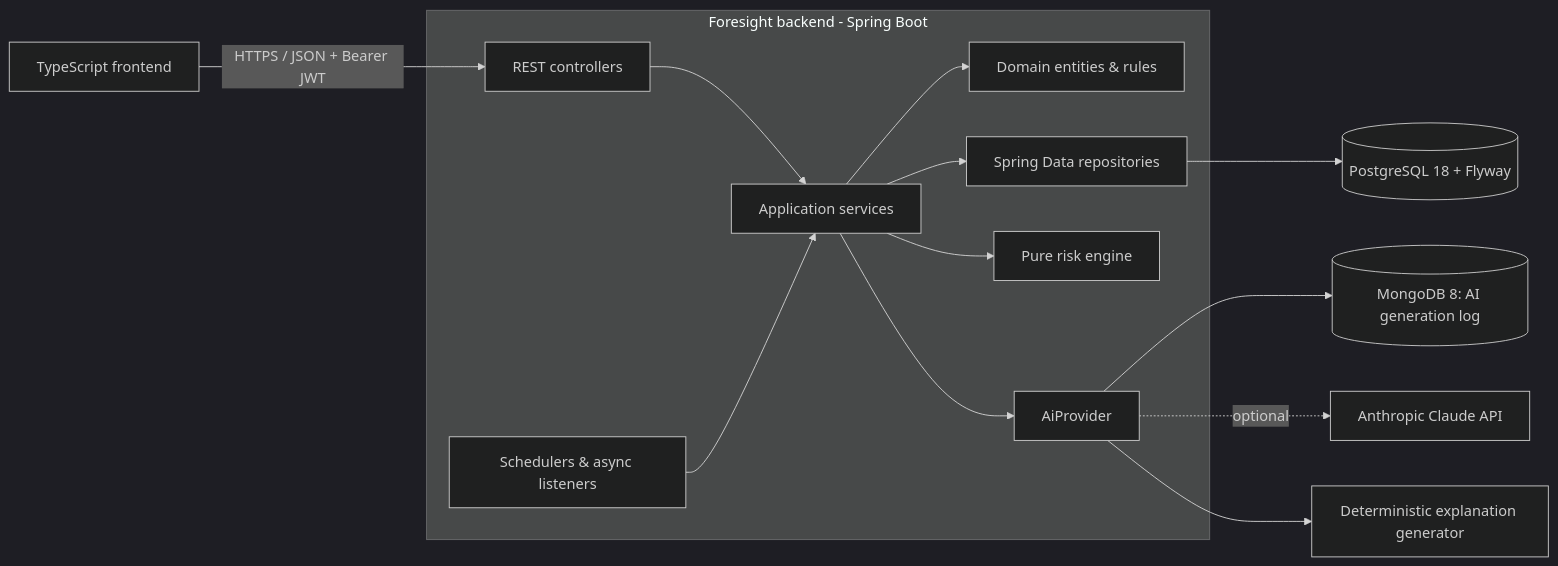
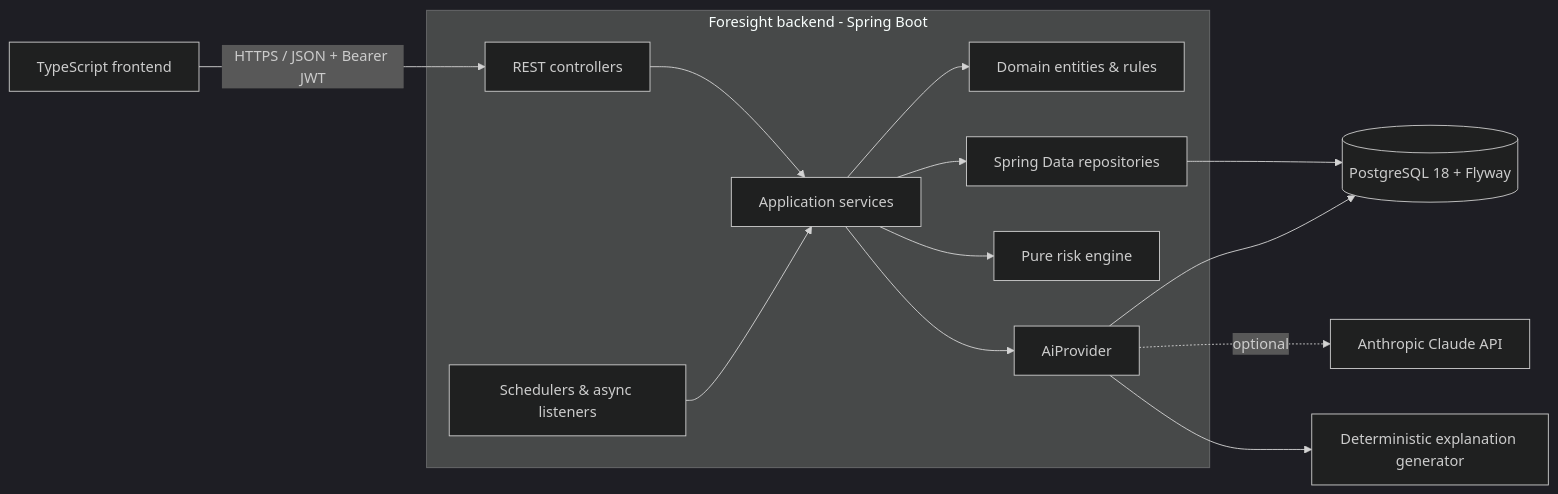
Before and after one commit to hvs3yn/hackgov: the first of 3 diagrams in backend/docs/architecture.md, drawn with Mermaid (dark theme). The commit also changed other lines of this file and 24 other files, not shown here.

````diff
--- a/backend/docs/architecture.md
+++ b/backend/docs/architecture.md
@@ -7,16 +7,16 @@
 ```mermaid
 flowchart LR
     FE[TypeScript frontend] -- HTTPS / JSON + Bearer JWT --> API
     subgraph App[Foresight backend - Spring Boot]
         API[REST controllers] --> SVC[Application services]
         SVC --> DOM[Domain entities & rules]
         SVC --> REPO[Spring Data repositories]
         SCHED[Schedulers & async listeners] --> SVC
         SVC --> ENGINE[Pure risk engine]
         SVC --> AI[AiProvider]
     end
     REPO --> PG[(PostgreSQL 18 + Flyway)]
-    AI --> MONGO[(MongoDB 8: AI generation log)]
+    AI --> PG
     AI -. optional .-> CLAUDE[Anthropic Claude API]
     AI --> FALLBACK[Deterministic explanation generator]
 ```
````
